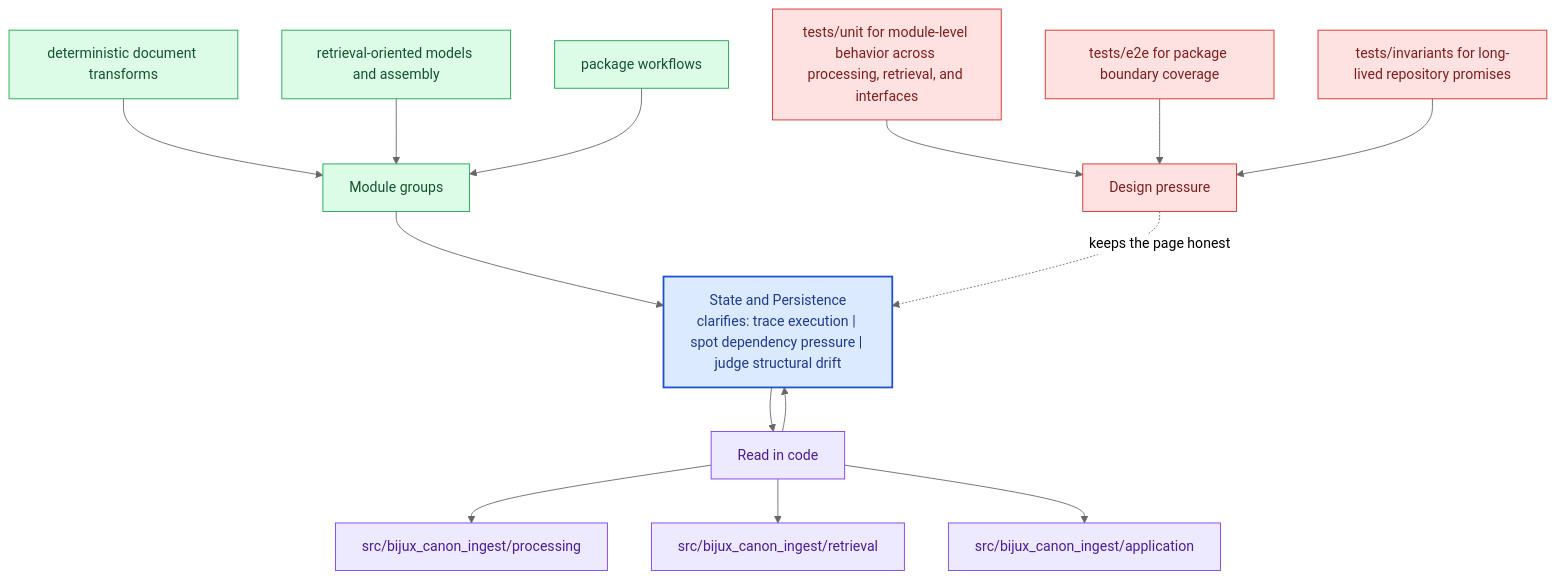
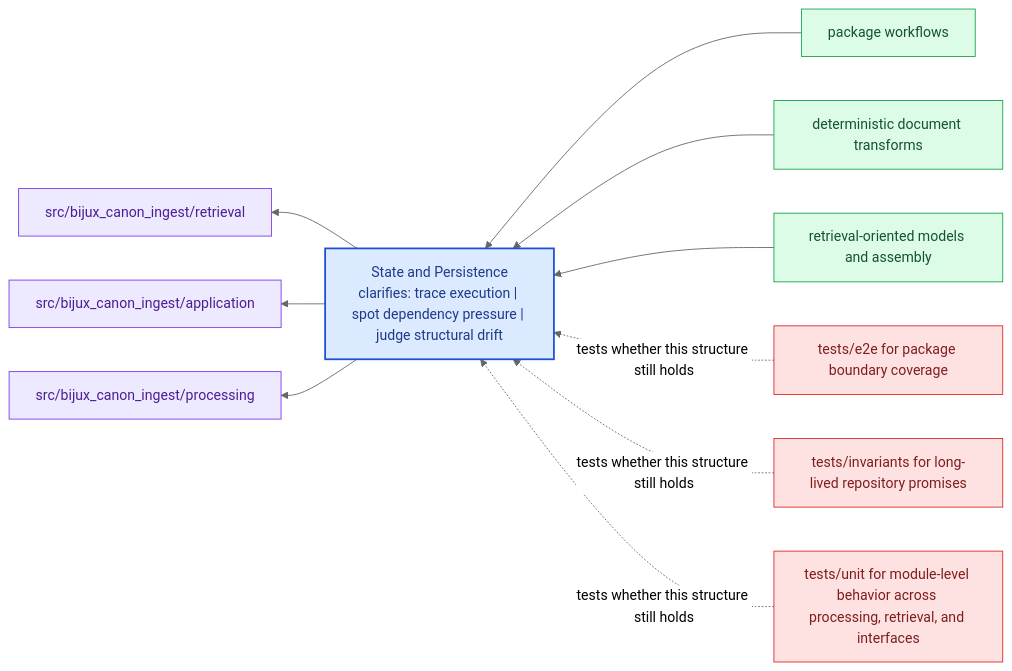
The diagram in docs/bijux-canon-ingest/architecture/state-and-persistence.md (bijux/bijux-canon), drawn with Mermaid (neutral theme) before and after one commit. The commit also changed other lines of this file and 281 other files, not shown here.

Commit message:
docs(diagrams): replace repeated mermaid scaffolds with page-specific summaries

````diff
--- a/docs/bijux-canon-ingest/architecture/state-and-persistence.md
+++ b/docs/bijux-canon-ingest/architecture/state-and-persistence.md
@@ -68,40 +23,31 @@
 ```mermaid
-flowchart TB
-    promise["State and Persistence<br/>clarifies: trace execution | spot dependency pressure | judge structural drift"]
-    classDef promise fill:#dbeafe,stroke:#1d4ed8,color:#1e3a8a,stroke-width:2px;
-    classDef driver fill:#dcfce7,stroke:#16a34a,color:#14532d;
-    classDef constraint fill:#fee2e2,stroke:#dc2626,color:#7f1d1d;
-    classDef ground fill:#ede9fe,stroke:#7c3aed,color:#4c1d95;
-    focus1["Module groups"]
-    focus1 --> promise
-    focus1_1["deterministic document transforms"]
-    focus1_1 --> focus1
-    focus1_2["retrieval-oriented models and assembly"]
-    focus1_2 --> focus1
-    focus1_3["package workflows"]
-    focus1_3 --> focus1
-    class focus1 driver;
-    class focus1_1,focus1_2,focus1_3 driver;
-    focus2["Read in code"]
-    focus2 --> promise
-    promise --> focus2
-    focus2_1["src/bijux_canon_ingest/processing"]
-    focus2 --> focus2_1
-    focus2_2["src/bijux_canon_ingest/retrieval"]
-    focus2 --> focus2_2
-    focus2_3["src/bijux_canon_ingest/application"]
-    focus2 --> focus2_3
-    class focus2 ground;
-    class focus2_1,focus2_2,focus2_3 ground;
-    focus3["Design pressure"]
-    focus3 -.keeps the page honest.-> promise
-    focus3_1["tests/unit for module-level behavior across processing, retrieval, and interfaces"]
-    focus3_1 --> focus3
-    focus3_2["tests/e2e for package boundary coverage"]
-    focus3_2 --> focus3
-    focus3_3["tests/invariants for long-lived repository promises"]
-    focus3_3 --> focus3
-    class focus3 constraint;
-    class focus3_1,focus3_2,focus3_3 constraint;
-    class promise promise;
+flowchart RL
+    page["State and Persistence<br/>clarifies: trace execution | spot dependency pressure | judge structural drift"]
+    classDef page fill:#dbeafe,stroke:#1d4ed8,color:#1e3a8a,stroke-width:2px;
+    classDef positive fill:#dcfce7,stroke:#16a34a,color:#14532d;
+    classDef caution fill:#fee2e2,stroke:#dc2626,color:#7f1d1d;
+    classDef anchor fill:#ede9fe,stroke:#7c3aed,color:#4c1d95;
+    classDef action fill:#fef3c7,stroke:#d97706,color:#7c2d12;
+    module1["package workflows"]
+    module1 --> page
+    module2["deterministic document transforms"]
+    module2 --> page
+    module3["retrieval-oriented models and assembly"]
+    module3 --> page
+    code1["src/bijux_canon_ingest/retrieval"]
+    page --> code1
+    code2["src/bijux_canon_ingest/application"]
+    page --> code2
+    code3["src/bijux_canon_ingest/processing"]
+    page --> code3
+    pressure1["tests/e2e for package boundary coverage"]
+    pressure1 -.tests whether this structure still holds.-> page
+    pressure2["tests/invariants for long-lived repository promises"]
+    pressure2 -.tests whether this structure still holds.-> page
+    pressure3["tests/unit for module-level behavior across processing, retrieval, and interfaces"]
+    pressure3 -.tests whether this structure still holds.-> page
+    class page page;
+    class module1,module2,module3 positive;
+    class code1,code2,code3 anchor;
+    class pressure1,pressure2,pressure3 caution;
 ```
````
